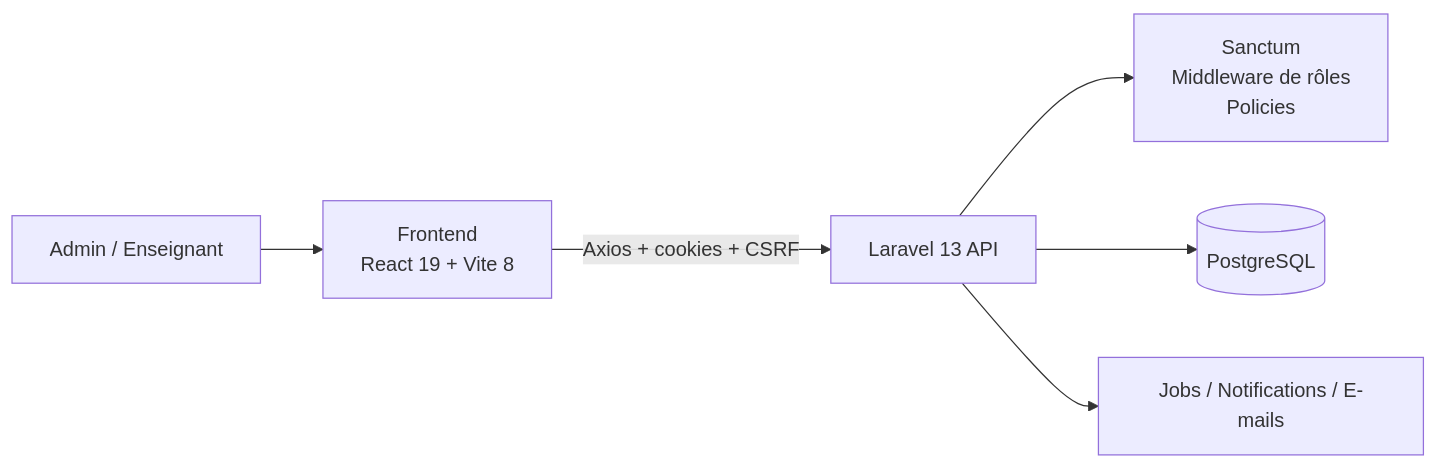
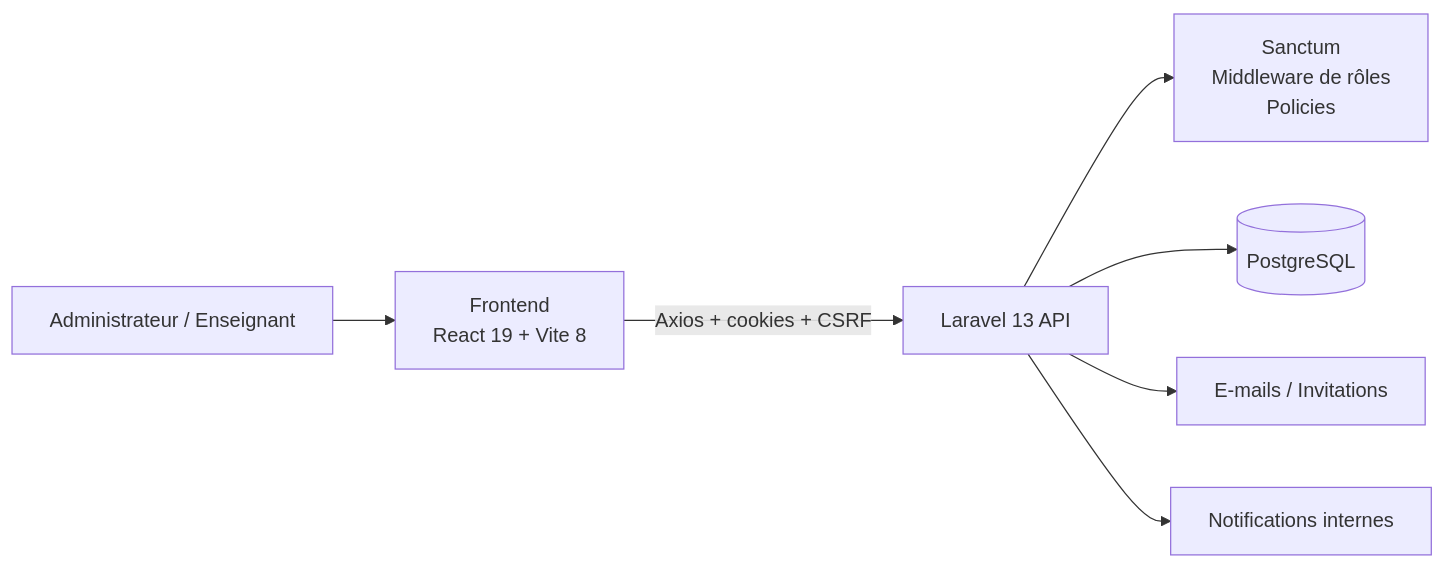
Before and after one commit to HichamFaska/SGA-BTS: the diagram in README.md, drawn with Mermaid. The commit also changed other lines of this file, not shown here.

````diff
--- a/README.md
+++ b/README.md
@@ -119,8 +137,9 @@
 ```mermaid
 flowchart LR
-    U["Admin / Enseignant"] --> FE["Frontend<br/>React 19 + Vite 8"]
+    U["Administrateur / Enseignant"] --> FE["Frontend<br/>React 19 + Vite 8"]
     FE -->|"Axios + cookies + CSRF"| API["Laravel 13 API"]
     API --> AUTH["Sanctum<br/>Middleware de rôles<br/>Policies"]
     API --> DB[("PostgreSQL")]
-    API --> JOBS["Jobs / Notifications / E-mails"]
+    API --> MAIL["E-mails / Invitations"]
+    API --> NOTIF["Notifications internes"]
 ```
````
